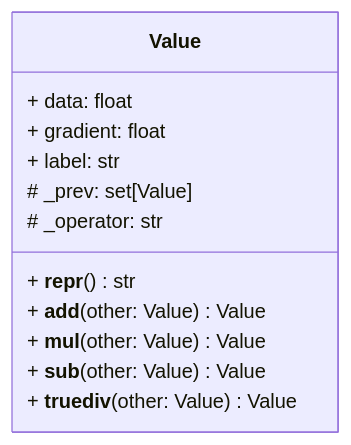
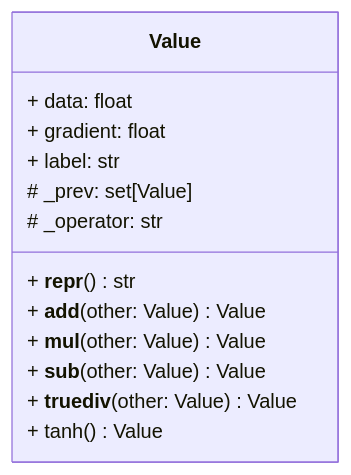
The diagram in README.md (rkaushick-neu/micrograd), drawn with Mermaid before and after one commit. The commit also changed other lines of this file and 1 other file, not shown here.

Commit message:
Added tanh operation definition on Value object

````diff
--- a/README.md
+++ b/README.md
@@ -9,15 +9,16 @@
 ```mermaid
 classDiagram
     class Value{
         + data: float
         + gradient: float
         + label: str
         # _prev: set[Value]
         # _operator: str
         + __repr__() str
         + __add__(other: Value) Value
         + __mul__(other: Value) Value
         + __sub__(other: Value) Value
         + __truediv__(other: Value) Value
+        + tanh() Value
     }
 ```
````
